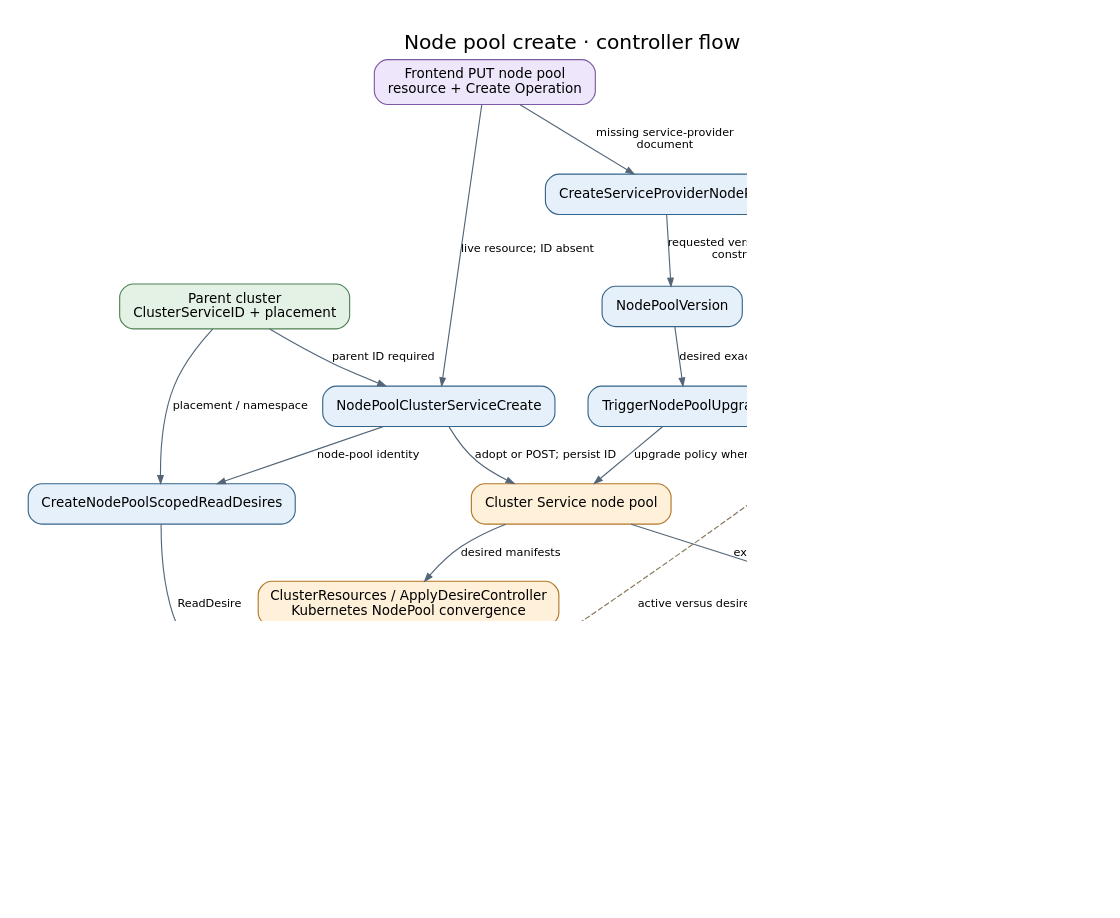
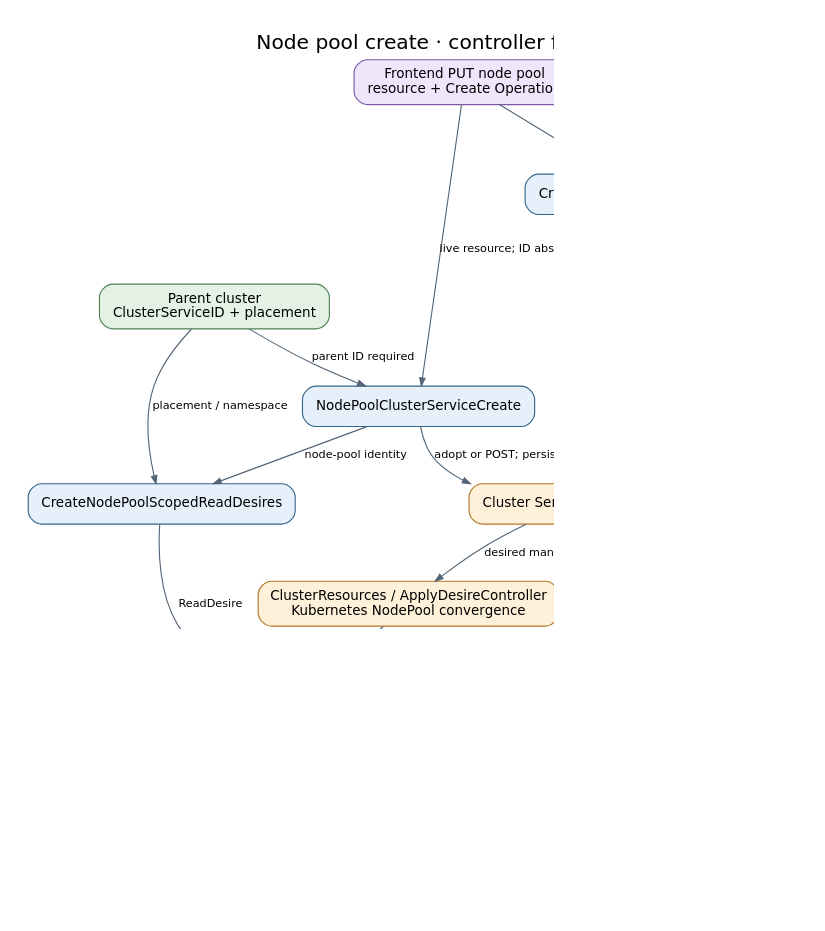
One commit to Azure/ARO-HCP changed the diagram in docs/diagrams/controller-flows/nodepool-create.dot. Above: the diagram before and after it, drawn with Graphviz. The commit also changed 8 other files, not shown here.

```diff
--- a/docs/diagrams/controller-flows/nodepool-create.dot
+++ b/docs/diagrams/controller-flows/nodepool-create.dot
@@ -1,37 +1,38 @@
 digraph nodepool_create {
   graph [rankdir=TB, bgcolor="white", pad="0.3", nodesep="0.4", ranksep="0.55", fontname="DejaVu Sans", fontsize=18, labelloc=t, label="Node pool create · controller flow", dpi=110];
   node [shape=box, style="rounded,filled", fillcolor="#e6f0fa", color="#35648a", fontname="DejaVu Sans", fontsize=12, margin="0.16,0.10"];
   edge [color="#536577", fontname="DejaVu Sans", fontsize=10, arrowsize=0.7];
   api [label="Frontend PUT node pool\nresource + Create Operation", fillcolor="#eee7fb", color="#7b59a4"];
   parent [label="Parent cluster\nClusterServiceID + placement", fillcolor="#e4f2e5", color="#4c8053"];
   create [label="NodePoolClusterServiceCreate", fillcolor="#e6f0fa", color="#35648a"];
   sp [label="CreateServiceProviderNodePool", fillcolor="#e6f0fa", color="#35648a"];
   version [label="NodePoolVersion", fillcolor="#e6f0fa", color="#35648a"];
   upgrade [label="TriggerNodePoolUpgrade", fillcolor="#e6f0fa", color="#35648a"];
   cs [label="Cluster Service node pool", fillcolor="#fff0da", color="#b27624"];
   resources [label="ClusterResources / ApplyDesireController\nKubernetes NodePool convergence", fillcolor="#fff0da", color="#b27624"];
   read [label="CreateNodePoolScopedReadDesires", fillcolor="#e6f0fa", color="#35648a"];
   mirror [label="ReadDesireKubernetesController", fillcolor="#e6f0fa", color="#35648a"];
   active [label="NodePoolActiveVersions", fillcolor="#e6f0fa", color="#35648a"];
   op [label="OperationNodePoolCreate", fillcolor="#e6f0fa", color="#35648a"];
   done [label="ARM operation terminal state", fillcolor="#e4f2e5", color="#4c8053"];
   api -> create [label="live resource; ID absent"];
   parent -> create [label="parent ID required"];
   api -> sp [label="missing service-provider\ndocument"];
   sp -> version [label="requested version / cluster\nconstraints"];
   version -> upgrade [label="desired exact version"];
   create -> cs [label="adopt or POST; persist ID"];
   upgrade -> cs [label="upgrade policy when needed"];
   cs -> resources [label="desired manifests"];
   parent -> read [label="placement / namespace"];
   create -> read [label="node-pool identity"];
   resources -> mirror [label="observed NodePool"];
   read -> mirror [label="ReadDesire"];
   mirror -> active [label="observed version"];
   cs -> op [label="external state"];
+  mirror -> op [label="spec + replicas + health conditions\n(health skipped at fixed zero)"];
   op -> done [label="complete or fail"];
   observed [label="Customer resource Status.ActiveVersions\nfull OCP versions", fillcolor="#e4f2e5", color="#4c8053"];
   active -> observed [label="separate Cosmos replace"];
   active -> upgrade [label="active versus desired", style=dashed, color="#857456", constraint=false];
   op -> op [label="pending: poll again", style=dashed, color="#857456", constraint=false];
 }
```
